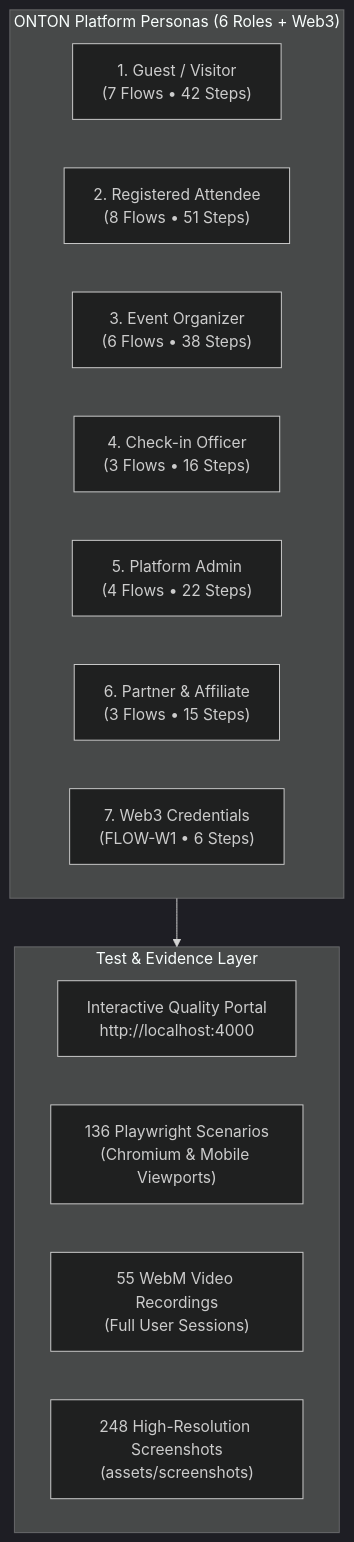
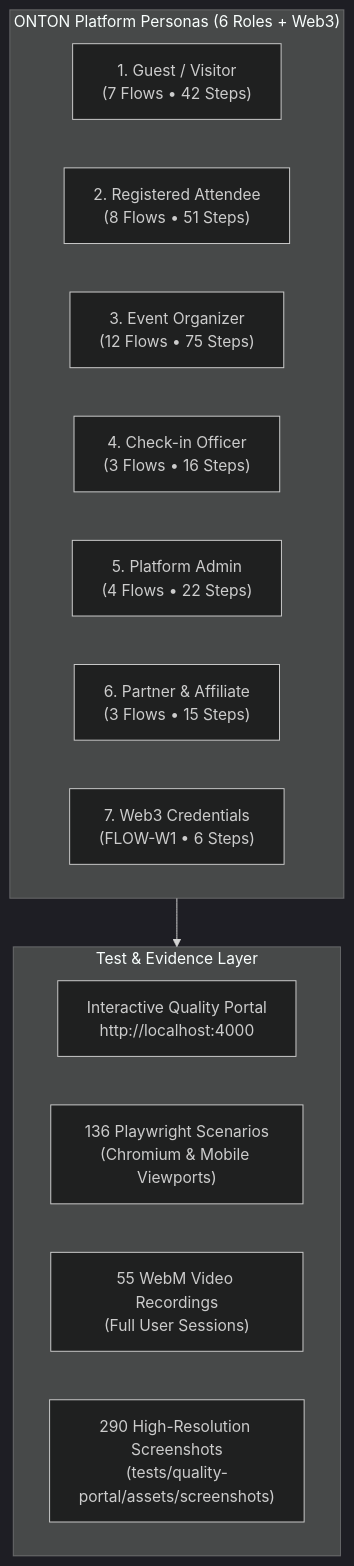
The diagram in docs/QA_PERSONA_TEST_INSTRUCTIONS.md (ExecutESG/onton), drawn with Mermaid (dark theme) before and after one commit. The commit also changed other lines of this file and 282 other files, not shown here.

````diff
--- a/docs/QA_PERSONA_TEST_INSTRUCTIONS.md
+++ b/docs/QA_PERSONA_TEST_INSTRUCTIONS.md
@@ -25,21 +26,32 @@
 ```mermaid
 flowchart TD
     subgraph Personas["ONTON Platform Personas (6 Roles + Web3)"]
-        P1["1. Guest / Visitor<br/>(7 Flows • 42 Steps)"]
-        P2["2. Registered Attendee<br/>(8 Flows • 51 Steps)"]
-        P3["3. Event Organizer<br/>(6 Flows • 38 Steps)"]
-        P4["4. Check-in Officer<br/>(3 Flows • 16 Steps)"]
-        P5["5. Platform Admin<br/>(4 Flows • 22 Steps)"]
-        P6["6. Partner & Affiliate<br/>(3 Flows • 15 Steps)"]
-        P7["7. Web3 Credentials<br/>(FLOW-W1 • 6 Steps)"]
+        P1["1. Guest / Visitor
+(7 Flows • 42 Steps)"]
+        P2["2. Registered Attendee
+(8 Flows • 51 Steps)"]
+        P3["3. Event Organizer
+(12 Flows • 75 Steps)"]
+        P4["4. Check-in Officer
+(3 Flows • 16 Steps)"]
+        P5["5. Platform Admin
+(4 Flows • 22 Steps)"]
+        P6["6. Partner & Affiliate
+(3 Flows • 15 Steps)"]
+        P7["7. Web3 Credentials
+(FLOW-W1 • 6 Steps)"]
     end
 
     subgraph Verification["Test & Evidence Layer"]
-        PORTAL["Interactive Quality Portal<br/>http://localhost:4000"]
-        E2E["136 Playwright Scenarios<br/>(Chromium & Mobile Viewports)"]
-        VID["55 WebM Video Recordings<br/>(Full User Sessions)"]
-        SHOTS["248 High-Resolution Screenshots<br/>(assets/screenshots)"]
+        PORTAL["Interactive Quality Portal
+http://localhost:4000"]
+        E2E["136 Playwright Scenarios
+(Chromium & Mobile Viewports)"]
+        VID["55 WebM Video Recordings
+(Full User Sessions)"]
+        SHOTS["290 High-Resolution Screenshots
+(tests/quality-portal/assets/screenshots)"]
     end
 
     Personas --> Verification
 ```
````
